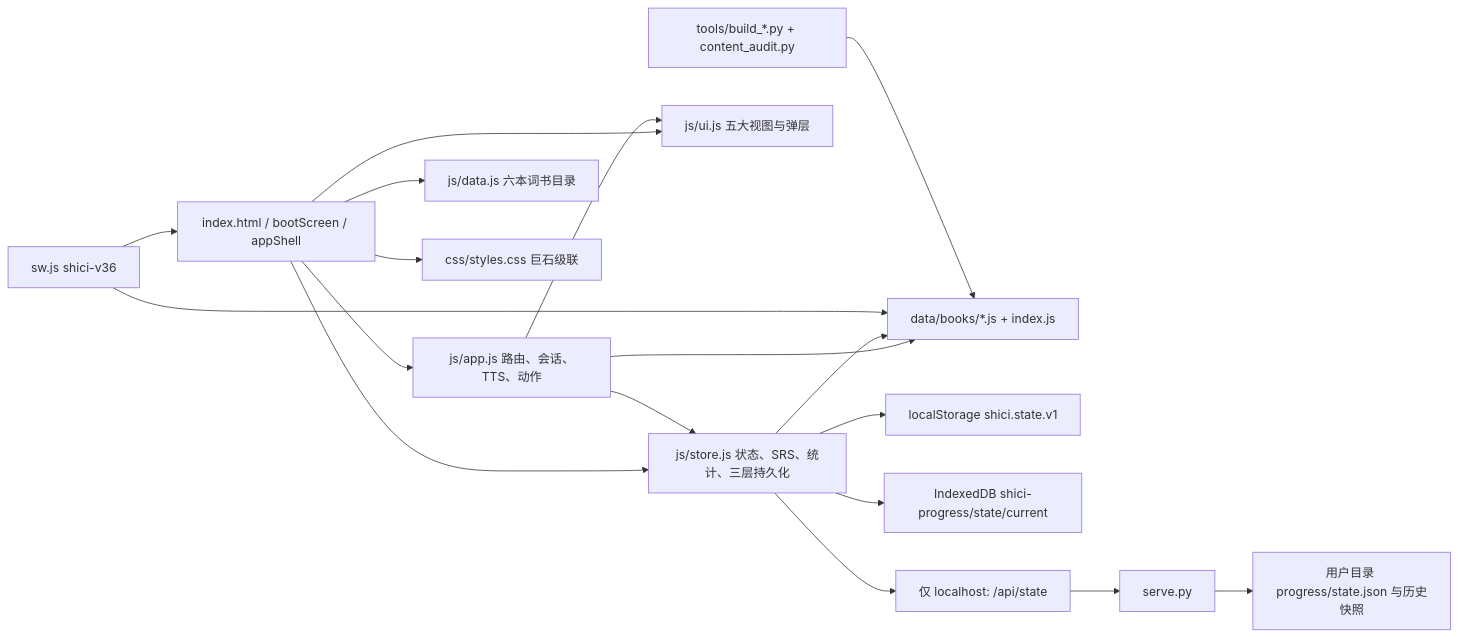
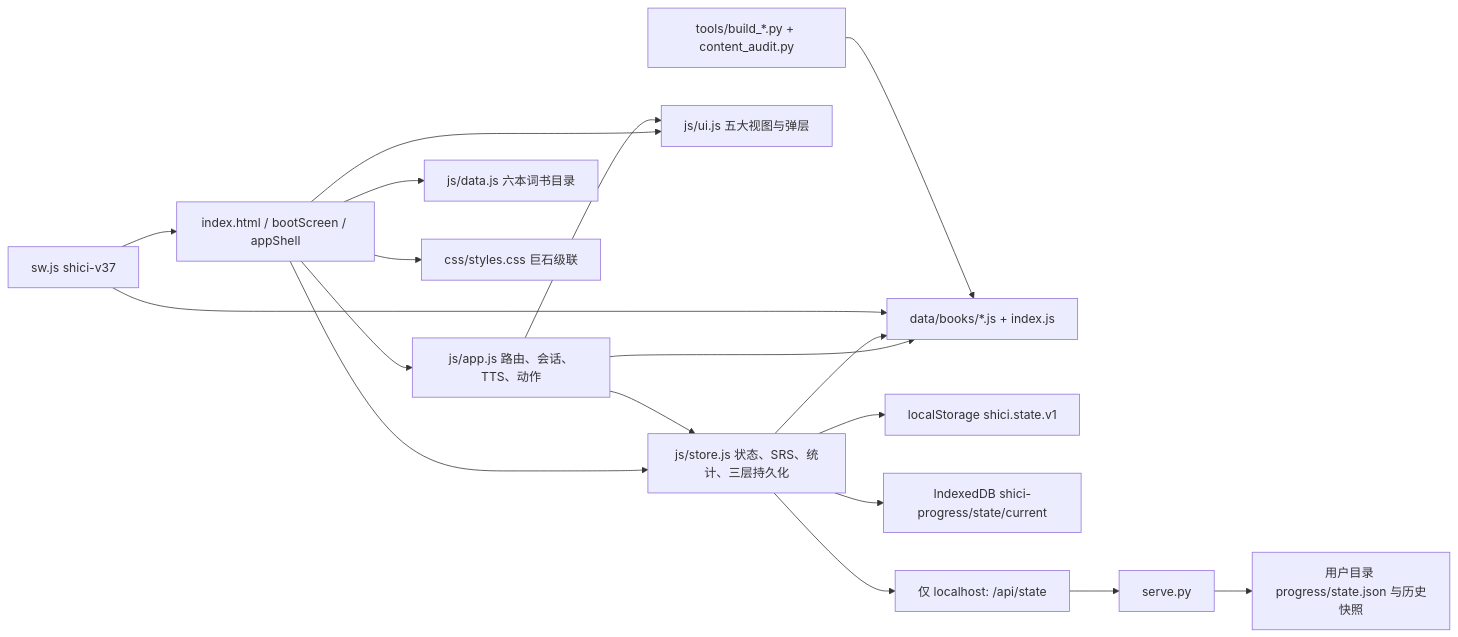
The first of 7 diagrams in docs/system_design.md (weijialiang2023/shici), drawn with Mermaid before and after one commit. The commit also changed other lines of this file and 12 other files, not shown here.

````diff
--- a/docs/system_design.md
+++ b/docs/system_design.md
@@ -11,20 +11,20 @@
 ```mermaid
 flowchart LR
     H[index.html / bootScreen / appShell] --> A[js/app.js 路由、会话、TTS、动作]
     H --> S[js/store.js 状态、SRS、统计、三层持久化]
     H --> U[js/ui.js 五大视图与弹层]
     H --> D[js/data.js 六本词书目录]
     H --> CSS[css/styles.css 巨石级联]
     A --> S
     A --> U
     A --> B[data/books/*.js + index.js]
     S --> B
     S --> L[localStorage shici.state.v1]
     S --> I[IndexedDB shici-progress/state/current]
     S --> API[仅 localhost: /api/state]
     API --> PY[serve.py]
     PY --> P[用户目录 progress/state.json 与历史快照]
-    SW[sw.js shici-v36] --> H
+    SW[sw.js shici-v37] --> H
     SW --> B
     ETL[tools/build_*.py + content_audit.py] --> B
 ```
````
